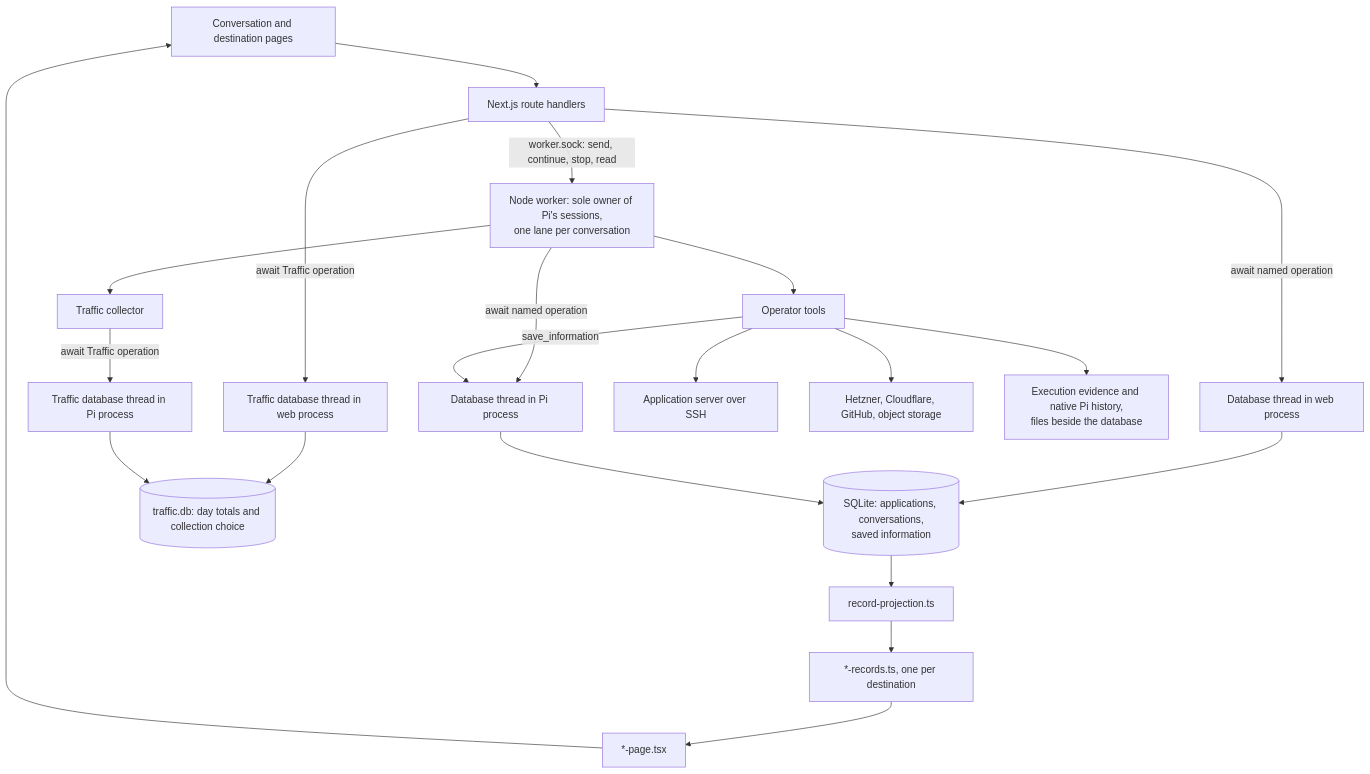
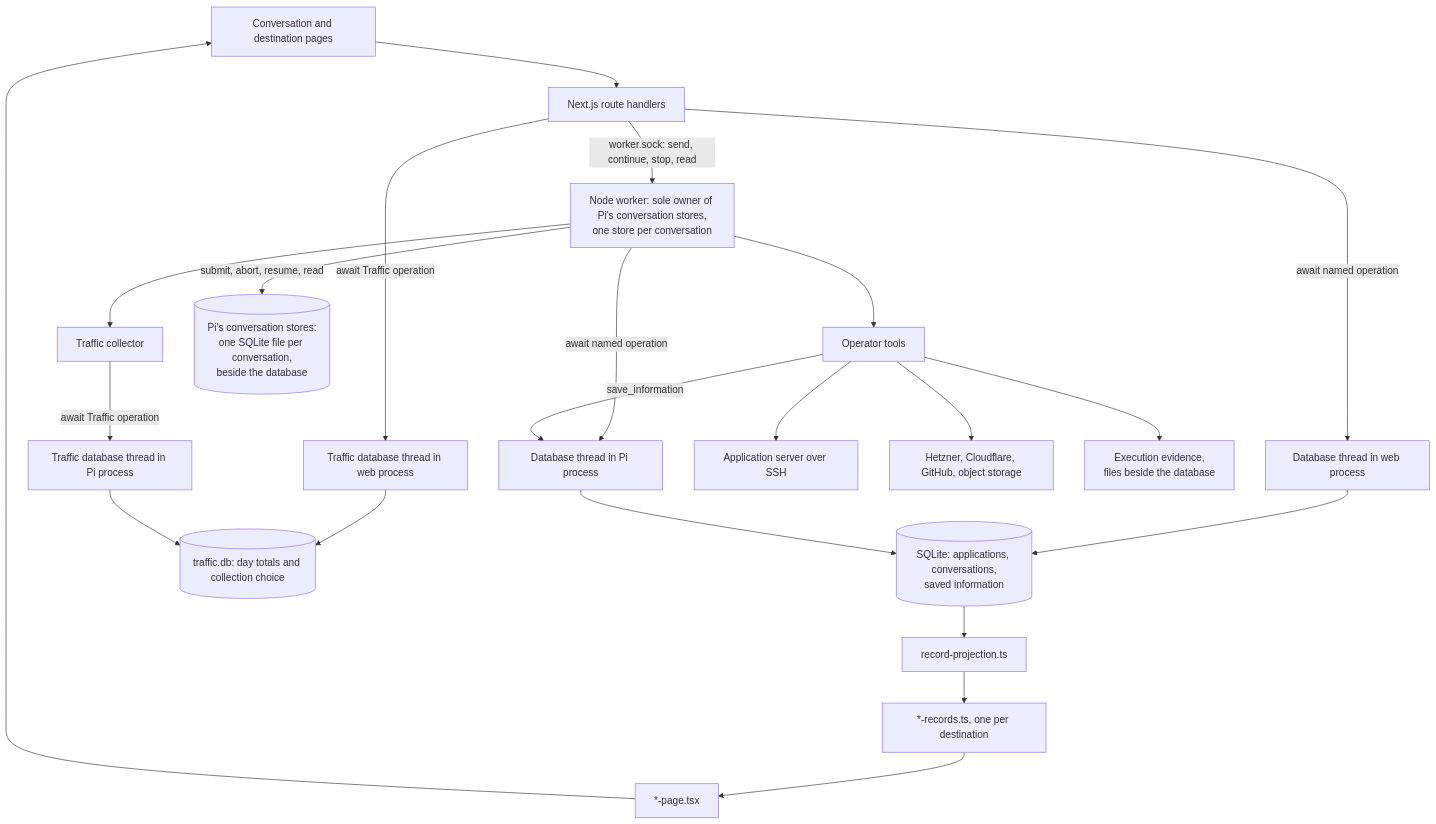
The first of 6 diagrams in docs/architecture.md (lustoykov/hallvi), drawn with Mermaid before and after one commit. The commit also changed other lines of this file and 11 other files, not shown here.

````diff
--- a/docs/architecture.md
+++ b/docs/architecture.md
@@ -23,23 +23,24 @@
 ```mermaid
 flowchart TD
     UI[Conversation and destination pages] --> API[Next.js route handlers]
     API -->|await named operation| WebDB[Database thread in web process]
     WebDB --> DB[(SQLite: applications, conversations,<br/>saved information)]
     API -->|worker.sock: send, continue, stop, read| Worker
-    Worker[Node worker: sole owner of Pi's sessions,<br/>one lane per conversation] -->|await named operation| PiDB[Database thread in Pi process]
+    Worker[Node worker: sole owner of Pi's conversation stores,<br/>one store per conversation] -->|await named operation| PiDB[Database thread in Pi process]
     PiDB --> DB
     API -->|await Traffic operation| WebTraffic[Traffic database thread in web process]
     Worker --> Collector[Traffic collector]
     Collector -->|await Traffic operation| PiTraffic[Traffic database thread in Pi process]
     WebTraffic --> TrafficDB[(traffic.db: day totals and collection choice)]
     PiTraffic --> TrafficDB
     Worker --> Tools[Operator tools]
     Tools --> Host[Application server over SSH]
     Tools --> Providers[Hetzner, Cloudflare, GitHub, object storage]
     Tools -->|save_information| PiDB
-    Tools --> Files[Execution evidence and native Pi history,<br/>files beside the database]
+    Worker -->|submit, abort, resume, read| Stores[(Pi's conversation stores:<br/>one SQLite file per conversation,<br/>beside the database)]
+    Tools --> Files[Execution evidence,<br/>files beside the database]
     DB --> Projection[record-projection.ts]
     Projection --> Records[*-records.ts, one per destination]
     Records --> Pages[*-page.tsx]
     Pages --> UI
 ```
````
